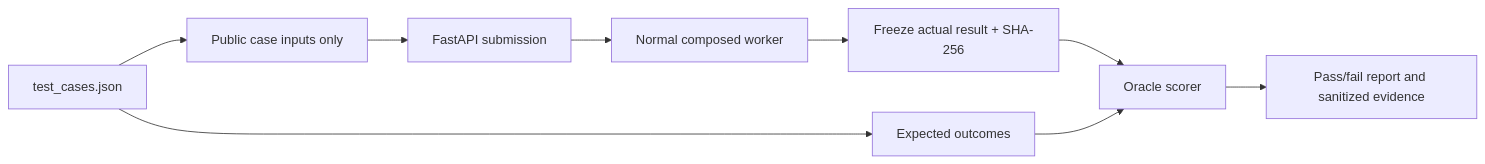
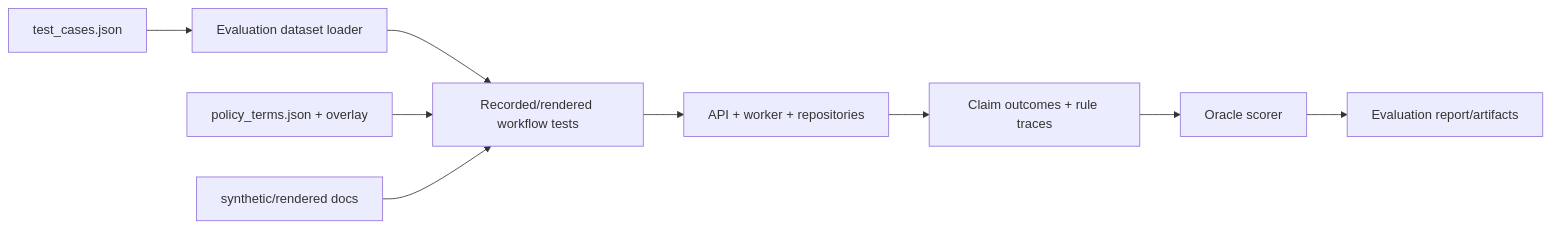
One commit to faishal882/plum_assignment changed the fifth of 5 diagrams in README.md. Above: the diagram before and after it, drawn with Mermaid. The commit also changed other lines of this file, not shown here.

Commit message:
docs: expand setup architecture and evaluation guide

````diff
--- a/README.md
+++ b/README.md
@@ -398,11 +583,11 @@
 ```mermaid
 flowchart LR
-    Data[test_cases.json] --> Public[Public case inputs only]
-    Public --> API[FastAPI submission]
-    API --> Worker[Normal composed worker]
-    Worker --> Actual[Freeze actual result + SHA-256]
-    Data --> Oracle[Expected outcomes]
-    Actual --> Score[Oracle scorer]
-    Oracle --> Score
-    Score --> Report[Pass/fail report and sanitized evidence]
+    Cases[test_cases.json] --> Dataset[Evaluation dataset loader]
+    Dataset --> Runner[Recorded/rendered workflow tests]
+    Policy[policy_terms.json + overlay] --> Runner
+    SyntheticDocs[synthetic/rendered docs] --> Runner
+    Runner --> Backend[API + worker + repositories]
+    Backend --> Results[Claim outcomes + rule traces]
+    Results --> Scorer[Oracle scorer]
+    Scorer --> Report[Evaluation report/artifacts]
 ```
````
